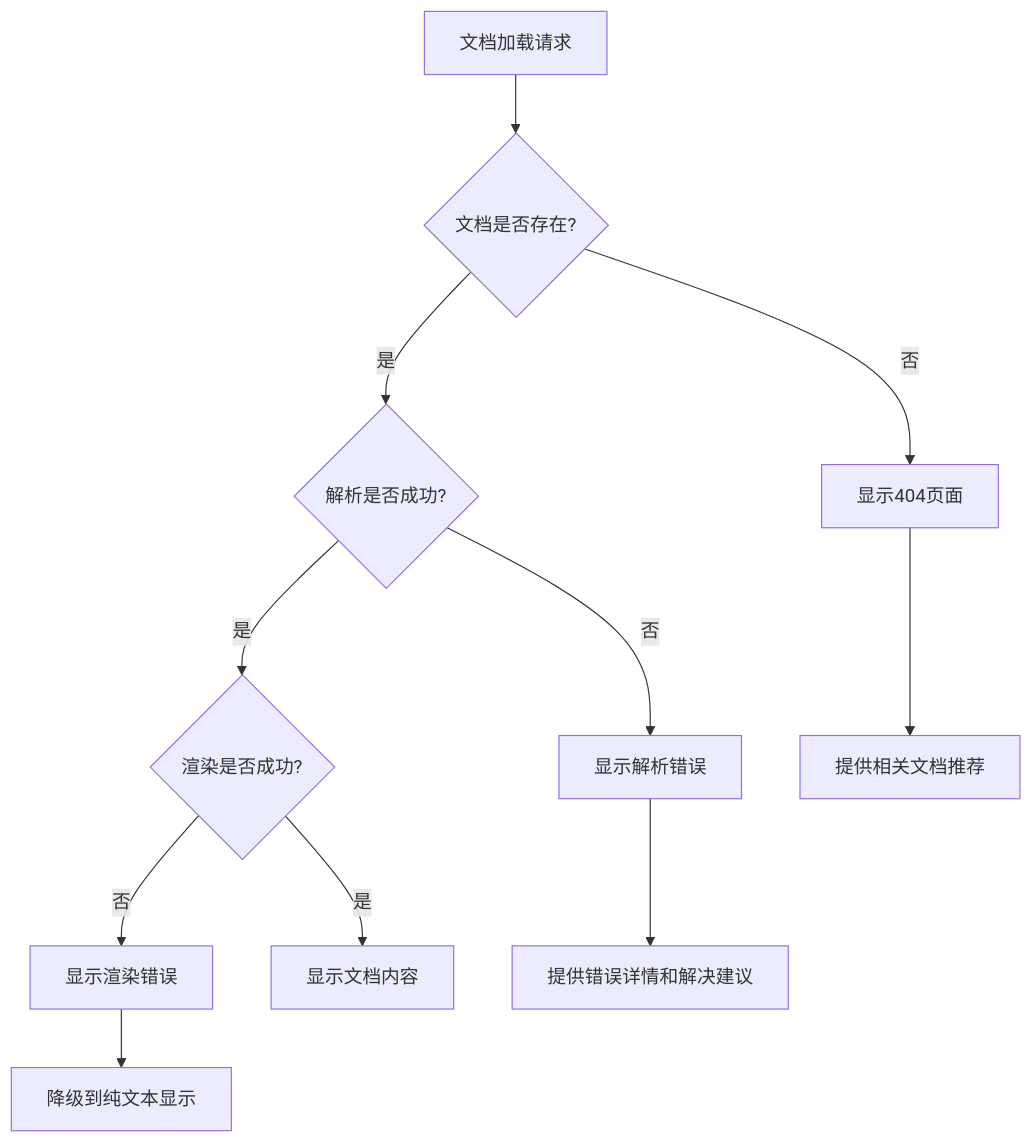
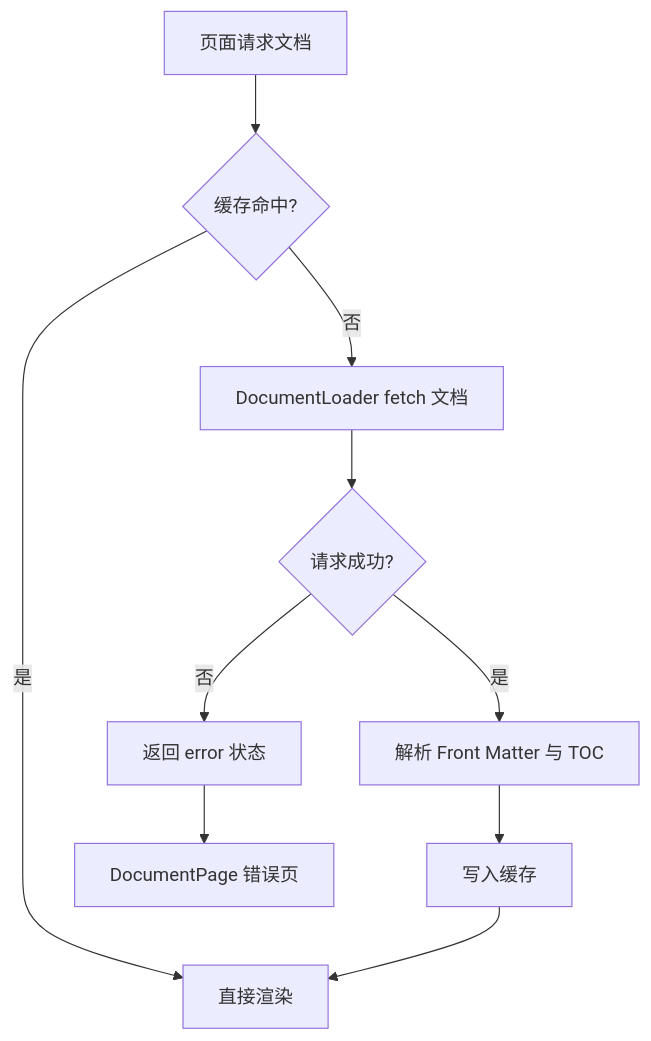
One commit to necc-hub/new_energy_coder_club changed the sixth of 6 diagrams in .trae/documents/DESIGN_markdown_docs_repository.md. Above: the diagram before and after it, drawn with Mermaid. The commit also changed other lines of this file and 31 other files, not shown here.

````diff
--- a/.trae/documents/DESIGN_markdown_docs_repository.md
+++ b/.trae/documents/DESIGN_markdown_docs_repository.md
@@ -490,14 +549,12 @@
 ```mermaid
 flowchart TD
-    A[文档加载请求] --> B{文档是否存在?}
-    B -->|否| C[显示404页面]
-    B -->|是| D{解析是否成功?}
-    D -->|否| E[显示解析错误]
-    D -->|是| F{渲染是否成功?}
-    F -->|否| G[显示渲染错误]
-    F -->|是| H[显示文档内容]
-    
-    C --> I[提供相关文档推荐]
-    E --> J[提供错误详情和解决建议]
-    G --> K[降级到纯文本显示]
+    A[页面请求文档] --> B{缓存命中?}
+    B -->|是| C[直接渲染]
+    B -->|否| D[DocumentLoader fetch 文档]
+    D --> E{请求成功?}
+    E -->|是| F[解析 Front Matter 与 TOC]
+    E -->|否| G[返回 error 状态]
+    F --> H[写入缓存]
+    H --> C
+    G --> I[DocumentPage 错误页]
 ```
````
